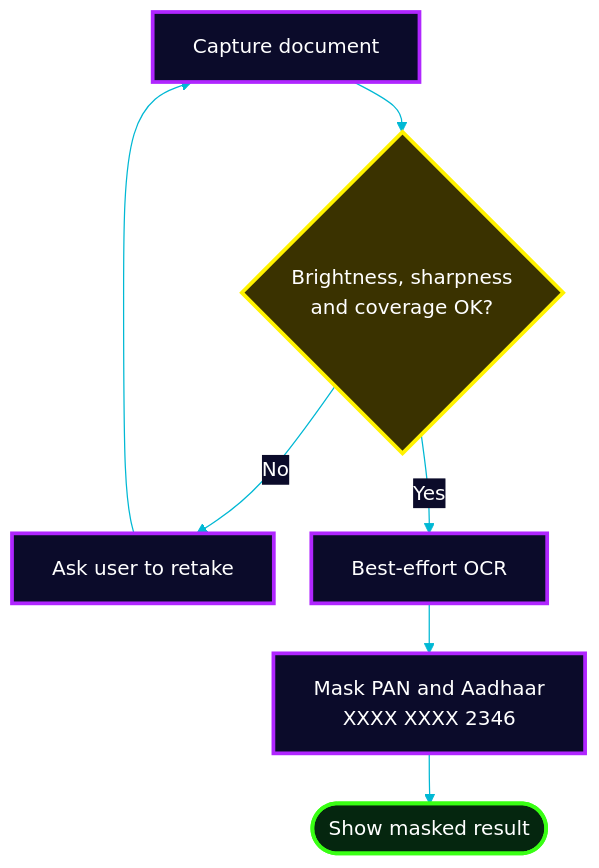
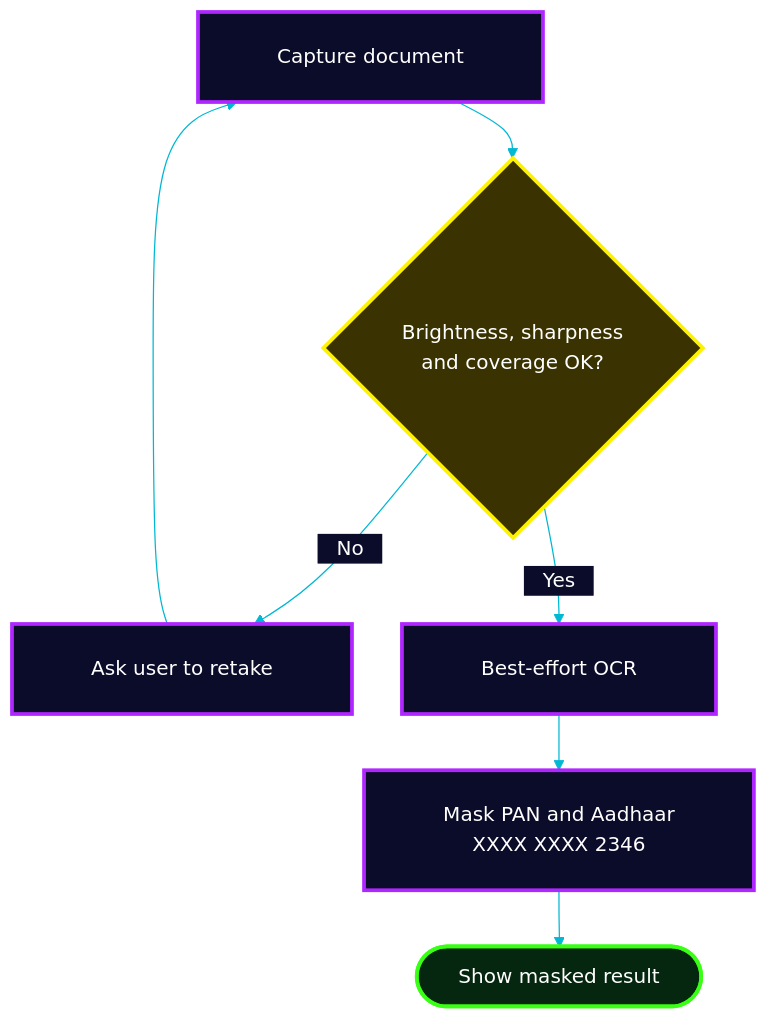
Diagram 15 of 17 in README.md (Mansi232323/MANSHORA), drawn with Mermaid before and after one commit. The commit also changed other lines of this file, not shown here.

````diff
--- a/README.md
+++ b/README.md
@@ -595,16 +594,16 @@
 ```mermaid
-%%{init: {'theme':'base','themeVariables':{'fontSize':'16px','fontFamily':'Arial, Helvetica, sans-serif','primaryColor':'#0b0b2a','primaryTextColor':'#ffffff','primaryBorderColor':'#b026ff','lineColor':'#00b8d4','textColor':'#ffffff','edgeLabelBackground':'#0b0b2a'},'flowchart':{'htmlLabels':true,'nodeSpacing':30,'rankSpacing':40,'padding':16,'curve':'basis','wrappingWidth':240,'useMaxWidth':true}}}%%
+%%{init: {'theme':'base','themeVariables':{'fontSize':'16px','primaryColor':'#0b0b2a','primaryTextColor':'#ffffff','primaryBorderColor':'#b026ff','lineColor':'#00b8d4','textColor':'#ffffff','edgeLabelBackground':'#0b0b2a'},'flowchart':{'htmlLabels':true,'nodeSpacing':40,'rankSpacing':45,'padding':24,'curve':'basis','wrappingWidth':400,'useMaxWidth':true}}}%%
 flowchart TD
-    C["Capture document"] --> Q{"Brightness, sharpness<br/>and coverage OK?"}
-    Q -- "No" --> R["Ask user to retake"]
+    C["&nbsp;&nbsp;&nbsp;Capture document&nbsp;&nbsp;&nbsp;"] --> Q{"&nbsp;&nbsp;&nbsp;Brightness, sharpness&nbsp;&nbsp;&nbsp;<br/>&nbsp;&nbsp;&nbsp;and coverage OK?&nbsp;&nbsp;&nbsp;"}
+    Q -- "&nbsp;&nbsp;&nbsp;No&nbsp;&nbsp;&nbsp;" --> R["&nbsp;&nbsp;&nbsp;Ask user to retake&nbsp;&nbsp;&nbsp;"]
     R --> C
-    Q -- "Yes" --> O["Best-effort OCR"]
-    O --> M["Mask PAN and Aadhaar<br/>XXXX XXXX 2346"]
-    M --> D(["Show masked result"])
+    Q -- "&nbsp;&nbsp;&nbsp;Yes&nbsp;&nbsp;&nbsp;" --> O["&nbsp;&nbsp;&nbsp;Best-effort OCR&nbsp;&nbsp;&nbsp;"]
+    O --> M["&nbsp;&nbsp;&nbsp;Mask PAN and Aadhaar&nbsp;&nbsp;&nbsp;<br/>&nbsp;&nbsp;&nbsp;XXXX XXXX 2346&nbsp;&nbsp;&nbsp;"]
+    M --> D(["&nbsp;&nbsp;&nbsp;Show masked result&nbsp;&nbsp;&nbsp;"])
     classDef a fill:#0b0b2a,stroke:#b026ff,stroke-width:3px,color:#ffffff
     classDef d fill:#3a3200,stroke:#fff200,stroke-width:3px,color:#ffffff
     classDef ok fill:#05260f,stroke:#39ff14,stroke-width:3px,color:#ffffff
     class C,R,O,M a
     class Q d
     class D ok
 ```
````
